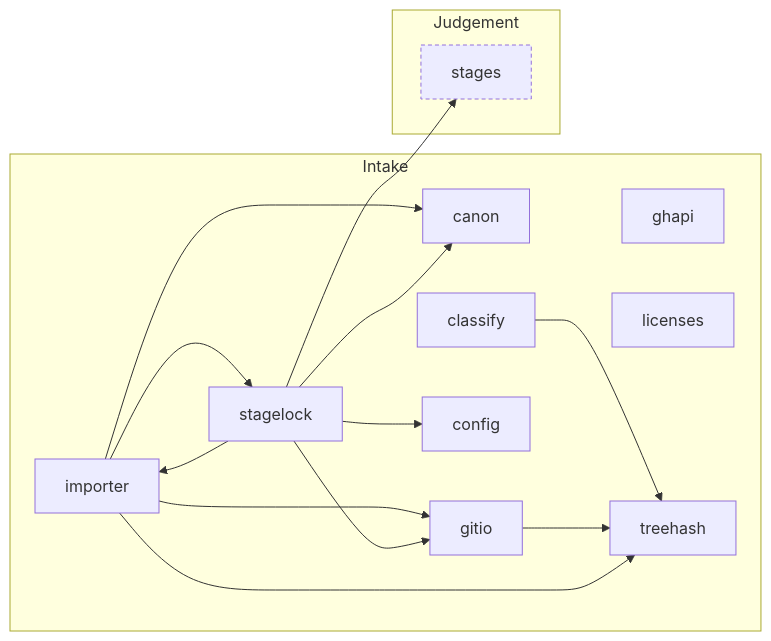
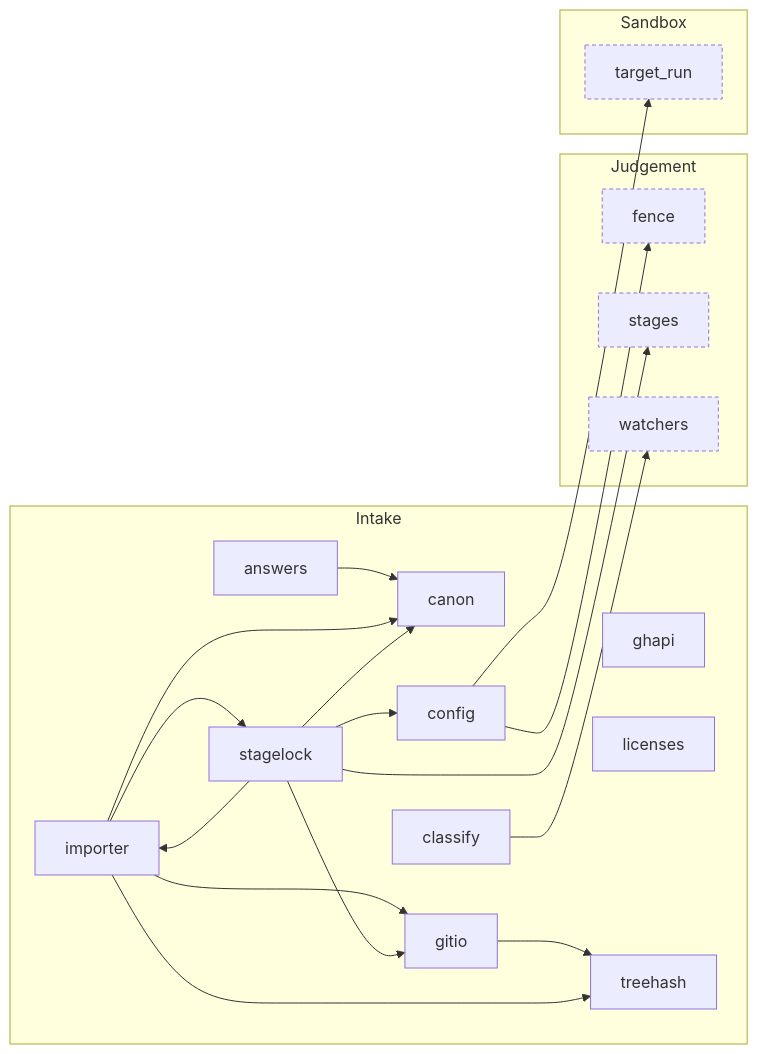
Before and after one commit to Okan-wqm/snowball-mcp: the fourth of 8 diagrams in docs/harita.md, drawn with Mermaid. The commit also changed other lines of this file and 17 other files, not shown here.

````diff
--- a/docs/harita.md
+++ b/docs/harita.md
@@ -197,29 +207,38 @@
 ```mermaid
 flowchart LR
   subgraph a_Intake["Intake"]
+    m_answers["answers"]
     m_canon["canon"]
     m_classify["classify"]
     m_config["config"]
     m_ghapi["ghapi"]
     m_gitio["gitio"]
     m_importer["importer"]
     m_licenses["licenses"]
     m_stagelock["stagelock"]
     m_treehash["treehash"]
   end
   subgraph a_Judgement["Judgement"]
+    m_fence["fence"]:::outside
     m_stages["stages"]:::outside
+    m_watchers["watchers"]:::outside
   end
-  m_classify --> m_treehash
+  subgraph a_Sandbox["Sandbox"]
+    m_target_run["target_run"]:::outside
+  end
+  m_answers --> m_canon
+  m_classify --> m_watchers
+  m_config --> m_fence
+  m_config --> m_target_run
   m_gitio --> m_treehash
   m_importer --> m_canon
   m_importer --> m_gitio
   m_importer --> m_stagelock
   m_importer --> m_treehash
   m_stagelock --> m_canon
   m_stagelock --> m_config
   m_stagelock --> m_gitio
   m_stagelock --> m_importer
   m_stagelock --> m_stages
   classDef outside stroke-dasharray: 4 3
 ```
````
